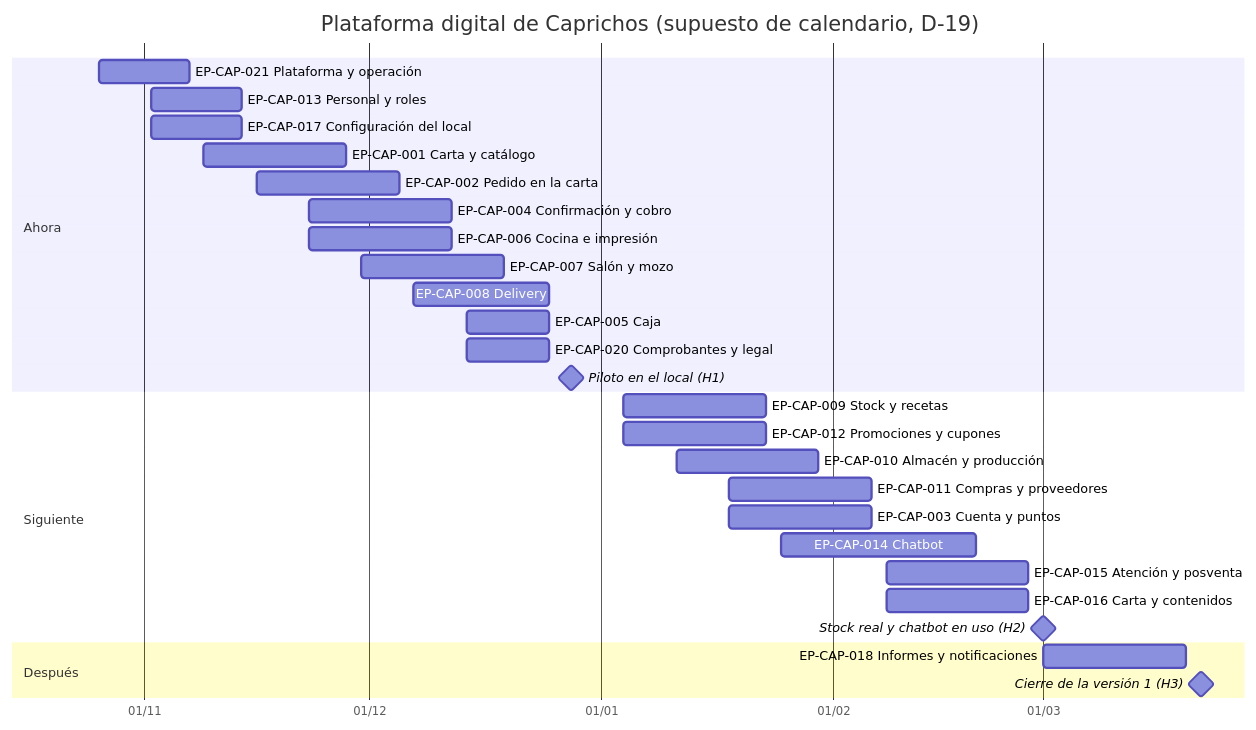
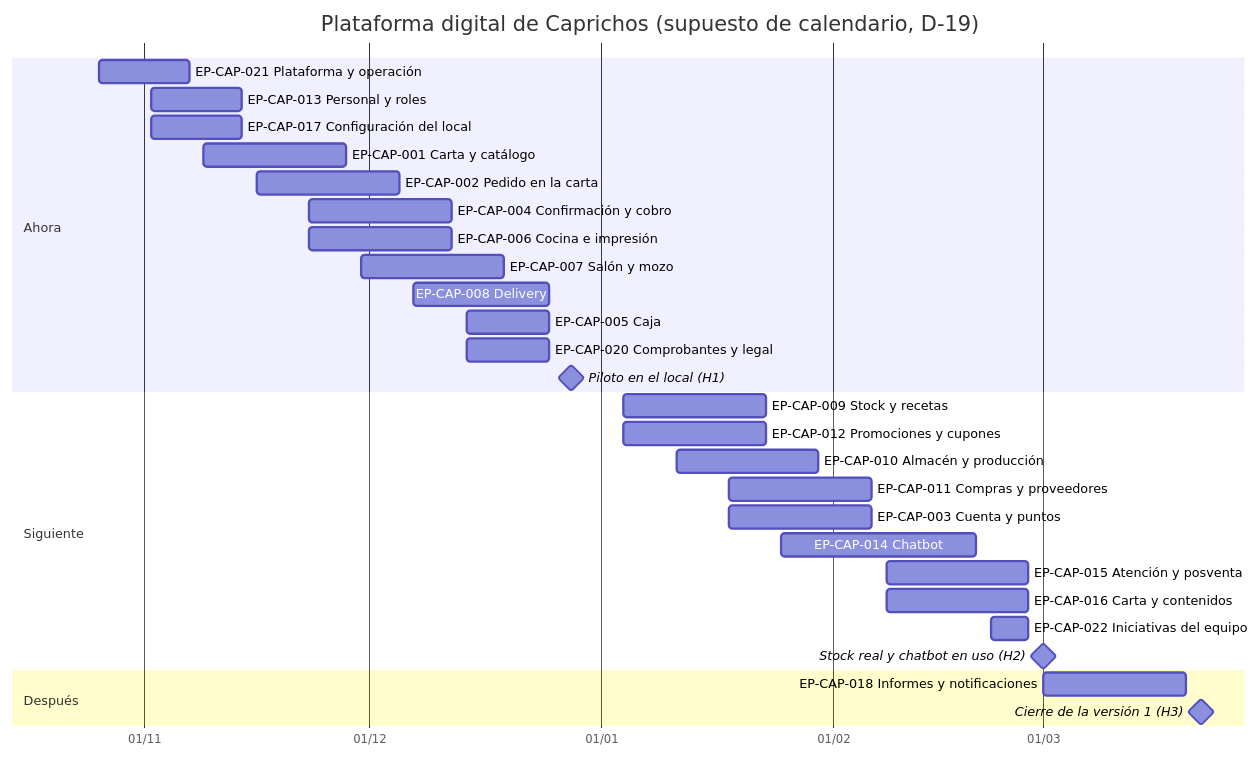
The diagram in roadmap/PLT-01-roadmap.md (JoseEM26/caprichos), drawn with Mermaid before and after one commit. The commit also changed other lines of this file and 32 other files, not shown here.

````diff
--- a/roadmap/PLT-01-roadmap.md
+++ b/roadmap/PLT-01-roadmap.md
@@ -56,32 +57,33 @@
 ```mermaid
 gantt
     title Plataforma digital de Caprichos (supuesto de calendario, D-19)
     dateFormat YYYY-MM-DD
     axisFormat %d/%m
     section Ahora
     EP-CAP-021 Plataforma y operación      :a0, 2026-10-26, 12d
     EP-CAP-013 Personal y roles            :a1, 2026-11-02, 12d
     EP-CAP-017 Configuración del local     :a2, 2026-11-02, 12d
     EP-CAP-001 Carta y catálogo            :a3, 2026-11-09, 19d
     EP-CAP-002 Pedido en la carta          :a4, 2026-11-16, 19d
     EP-CAP-004 Confirmación y cobro        :a5, 2026-11-23, 19d
     EP-CAP-006 Cocina e impresión          :a6, 2026-11-23, 19d
     EP-CAP-007 Salón y mozo                :a7, 2026-11-30, 19d
     EP-CAP-008 Delivery                    :a8, 2026-12-07, 18d
     EP-CAP-005 Caja: apertura y cierre     :a9, 2026-12-14, 11d
     EP-CAP-020 Comprobantes y legal        :a10, 2026-12-14, 11d
     Piloto en el local (H1)                :milestone, h1, 2026-12-28, 0d
     section Siguiente
     EP-CAP-009 Stock y recetas             :b1, 2027-01-04, 19d
     EP-CAP-012 Promociones y cupones       :b2, 2027-01-04, 19d
     EP-CAP-010 Almacén y producción        :b3, 2027-01-11, 19d
     EP-CAP-011 Compras y proveedores       :b4, 2027-01-18, 19d
     EP-CAP-003 Cuenta y puntos             :b5, 2027-01-18, 19d
     EP-CAP-014 Chatbot: pedido y pago      :b6, 2027-01-25, 26d
     EP-CAP-015 Atención y posventa         :b7, 2027-02-08, 19d
     EP-CAP-016 Carta y contenidos          :b8, 2027-02-08, 19d
+    EP-CAP-022 Iniciativas del equipo      :b9, 2027-02-22, 5d
     Stock real y chatbot en uso (H2)       :milestone, h2, 2027-03-01, 0d
     section Después
     EP-CAP-018 Informes y notificaciones   :c1, 2027-03-01, 19d
     Cierre de la versión 1 (H3)            :milestone, h3, 2027-03-22, 0d
 ```
````
